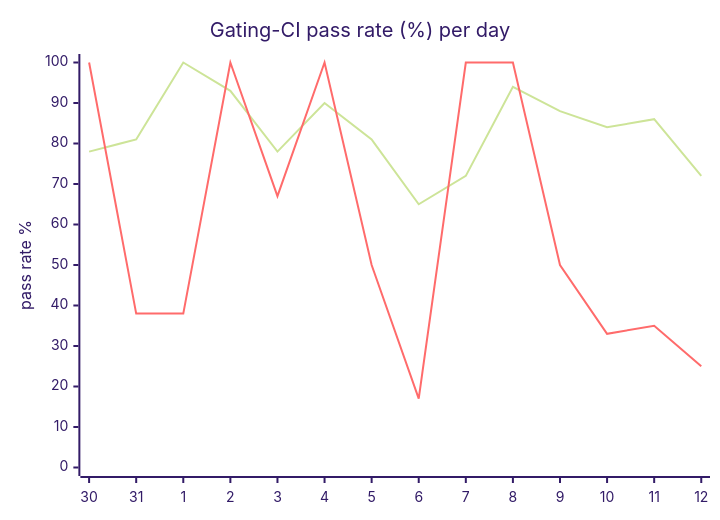
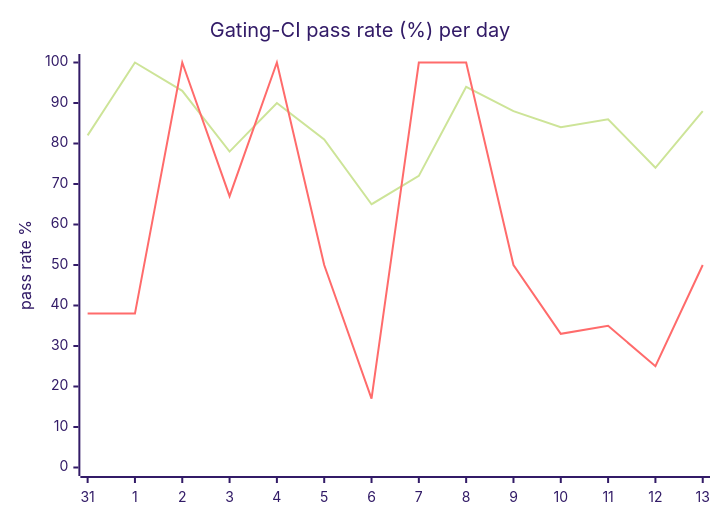
The diagram in hack/ci/ci-dashboard/staging/issue.md (hatchet-dev/hatchet), drawn with Mermaid (forest theme) before and after one commit. The commit also changed other lines of this file, not shown here.

````diff
--- a/hack/ci/ci-dashboard/staging/issue.md
+++ b/hack/ci/ci-dashboard/staging/issue.md
@@ -9,8 +9,8 @@
 ```mermaid
 xychart-beta
   title "Gating-CI pass rate (%) per day"
-  x-axis [30, 31, 1, 2, 3, 4, 5, 6, 7, 8, 9, 10, 11, 12]
+  x-axis [31, 1, 2, 3, 4, 5, 6, 7, 8, 9, 10, 11, 12, 13]
   y-axis "pass rate %" 0 --> 100
-  line "CI" [78, 81, 100, 93, 78, 90, 81, 65, 72, 94, 88, 84, 86, 72]
-  line "main" [100, 38, 38, 100, 67, 100, 50, 17, 100, 100, 50, 33, 35, 25]
+  line "CI" [82, 100, 93, 78, 90, 81, 65, 72, 94, 88, 84, 86, 74, 88]
+  line "main" [38, 38, 100, 67, 100, 50, 17, 100, 100, 50, 33, 35, 25, 50]
 ```
````
